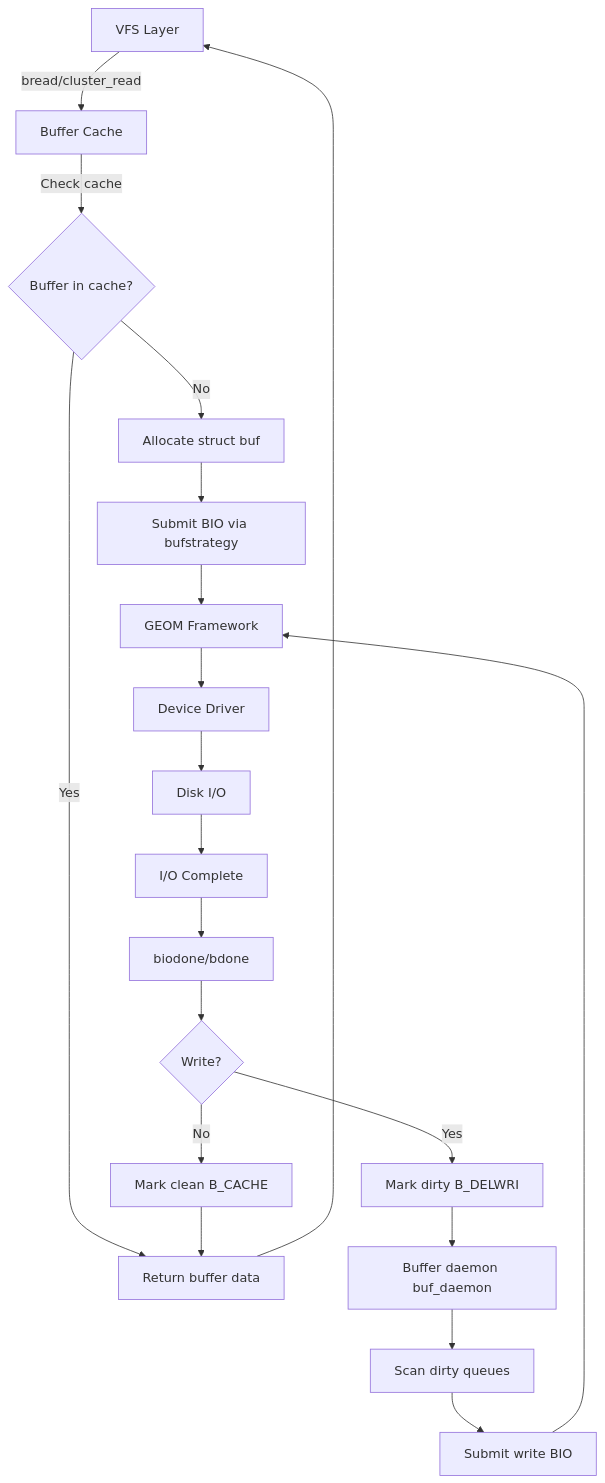
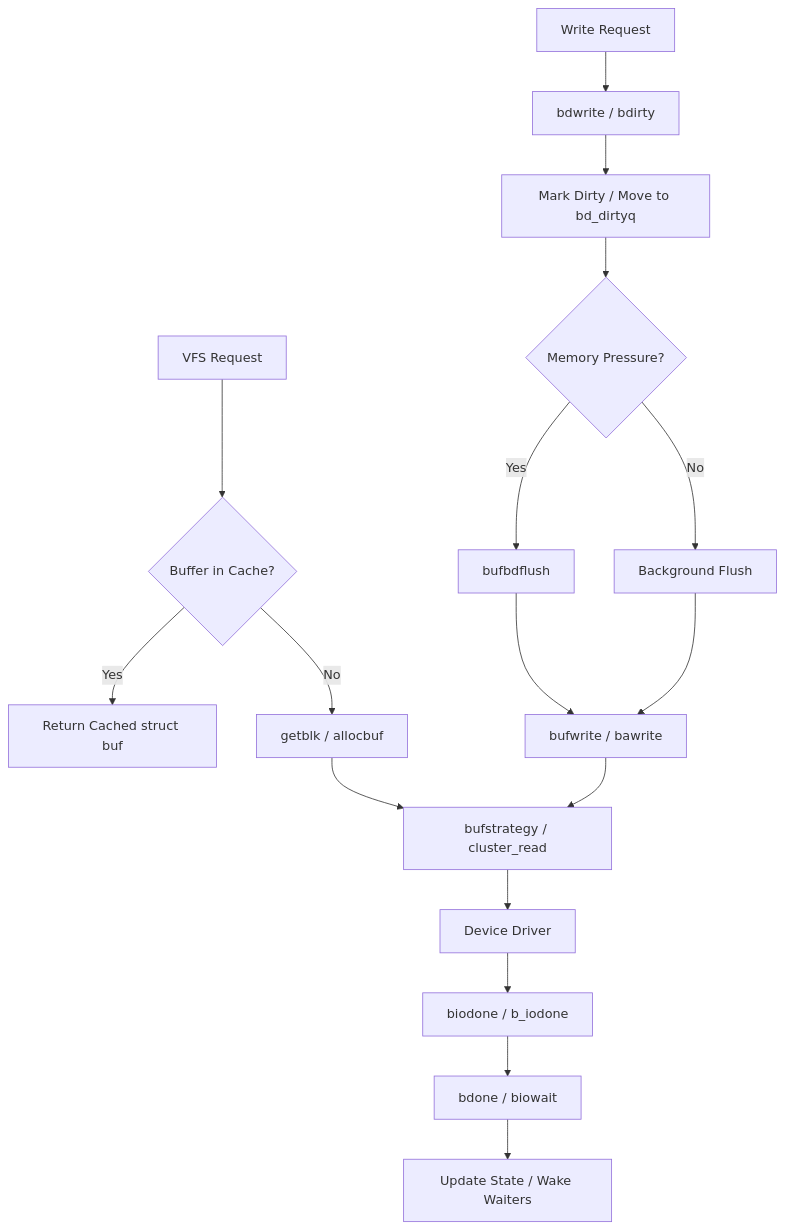
The diagram in sys/vm/README_bcache.md (ocochard/freebsd-src), drawn with Mermaid before and after one commit. The commit also changed other lines of this file and 25 other files, not shown here.

````diff
--- a/sys/vm/README_bcache.md
+++ b/sys/vm/README_bcache.md
@@ -255,22 +106,20 @@
 ```mermaid
 flowchart TD
-    A[VFS Layer] -->|bread/cluster_read| B[Buffer Cache]
-    B -->|Check cache| C{Buffer in cache?}
-    C -->|Yes| D[Return buffer data]
-    C -->|No| E[Allocate struct buf]
-    E --> F[Submit BIO via bufstrategy]
-    F --> G[GEOM Framework]
-    G --> H[Device Driver]
-    H --> I[Disk I/O]
-    I --> J[I/O Complete]
-    J --> K[biodone/bdone]
-    K --> L{Write?}
-    L -->|Yes| M[Mark dirty B_DELWRI]
-    L -->|No| N[Mark clean B_CACHE]
-    M --> O[Buffer daemon buf_daemon]
-    O --> P[Scan dirty queues]
-    P --> Q[Submit write BIO]
-    Q --> G
-    N --> D
-    D --> A
+    A[VFS Request] --> B{Buffer in Cache?}
+    B -->|Yes| C[Return Cached struct buf]
+    B -->|No| D[getblk / allocbuf]
+    D --> E[bufstrategy / cluster_read]
+    E --> F[Device Driver]
+    F --> G[biodone / b_iodone]
+    G --> H[bdone / biowait]
+    H --> I[Update State / Wake Waiters]
+
+    J[Write Request] --> K[bdwrite / bdirty]
+    K --> L[Mark Dirty / Move to bd_dirtyq]
+    L --> M{Memory Pressure?}
+    M -->|Yes| N[bufbdflush]
+    M -->|No| O[Background Flush]
+    N --> P[bufwrite / bawrite]
+    P --> E
+    O --> P
 ```
````
